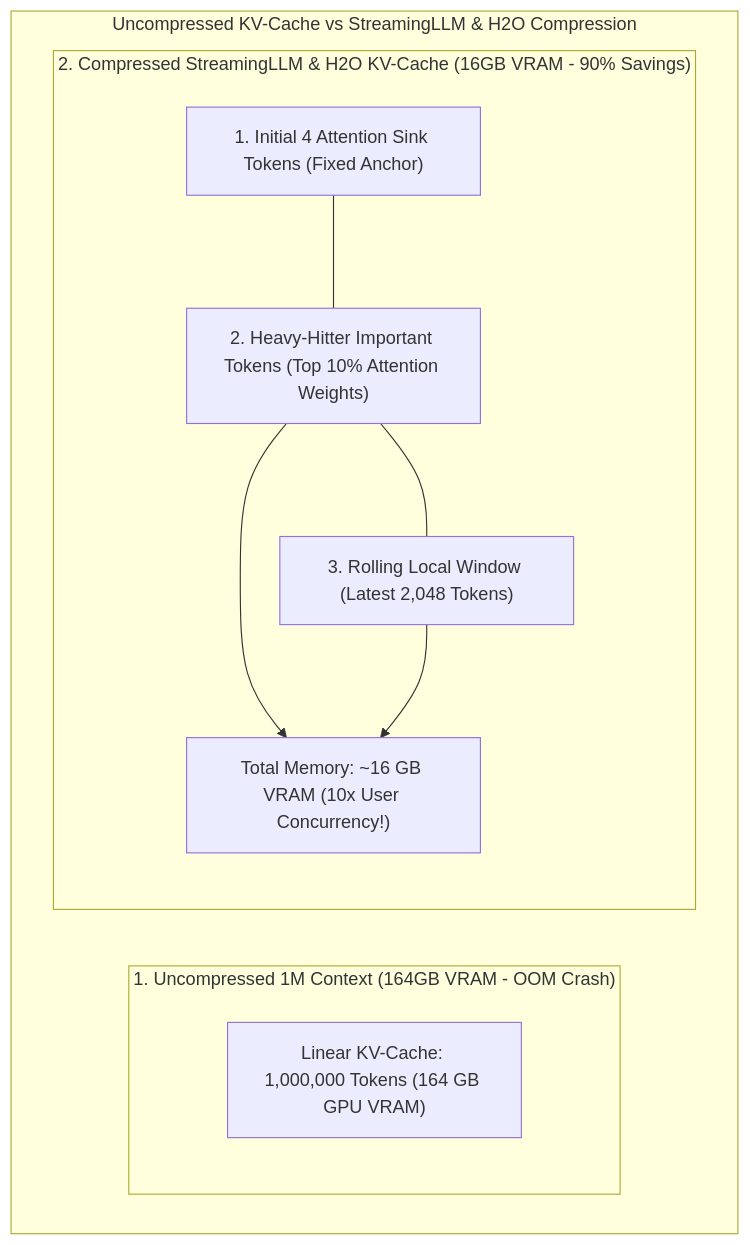
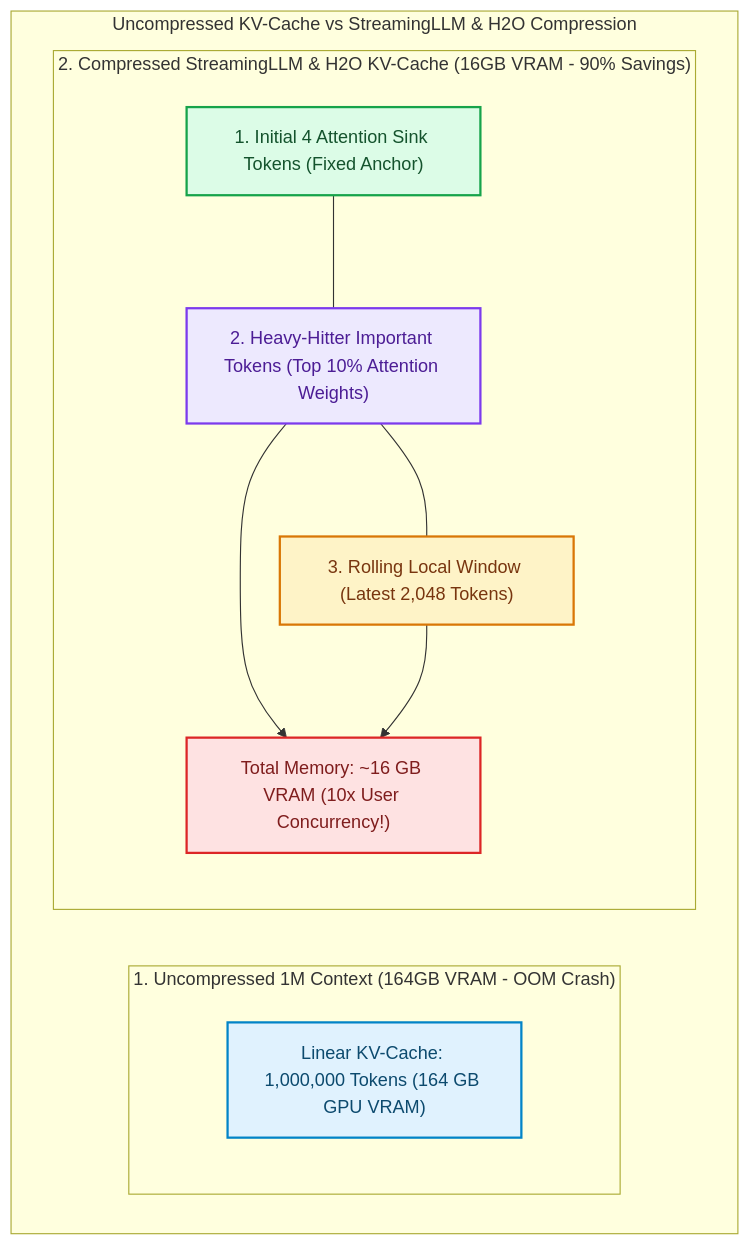
The first of 2 diagrams in blog/posts/kv-cache-compression-long-context-streamingllm-snapkv-h2o.md (akmalkhaniub/akmalkhaniub.github.io), drawn with Mermaid before and after one commit. The commit also changed other lines of this file and 1291 other files, not shown here.

First line of the commit message:
feat(catalog): unique covers, scholarly references, and diagram palettes

````diff
--- a/blog/posts/kv-cache-compression-long-context-streamingllm-snapkv-h2o.md
+++ b/blog/posts/kv-cache-compression-long-context-streamingllm-snapkv-h2o.md
@@ -19,17 +19,28 @@
 ```mermaid
 flowchart TD
   subgraph SG1_UncompressedKvCache ["Uncompressed KV-Cache vs StreamingLLM & H2O Compression"]
     subgraph SG2_1Uncompressed1m ["1. Uncompressed 1M Context (164GB VRAM - OOM Crash)"]
       FullKV["Linear KV-Cache: 1,000,000 Tokens (164 GB GPU VRAM)"]
     end
 
     subgraph SG3_2CompressedStreamingllm ["2. Compressed StreamingLLM & H2O KV-Cache (16GB VRAM - 90% Savings)"]
       Sink["1. Initial 4 Attention Sink Tokens (Fixed Anchor)"]
       H2O["2. Heavy-Hitter Important Tokens (Top 10% Attention Weights)"]
       Local["3. Rolling Local Window (Latest 2,048 Tokens)"]
       
       Sink --- H2O --- Local
       H2O & Local --> FinalVRAM["Total Memory: ~16 GB VRAM (10x User Concurrency!)"]
     end
   end
+
+classDef green fill:#dcfce7,stroke:#16a34a,stroke-width:2px,color:#14532d;
+classDef red fill:#fee2e2,stroke:#dc2626,stroke-width:2px,color:#7f1d1d;
+classDef blue fill:#e0f2fe,stroke:#0284c7,stroke-width:2px,color:#0c4a6e;
+classDef yellow fill:#fef3c7,stroke:#d97706,stroke-width:2px,color:#78350f;
+classDef purple fill:#ede9fe,stroke:#7c3aed,stroke-width:2px,color:#4c1d95;
+class FullKV blue
+class Sink green
+class H2O purple
+class Local yellow
+class FinalVRAM red
 ```
````
